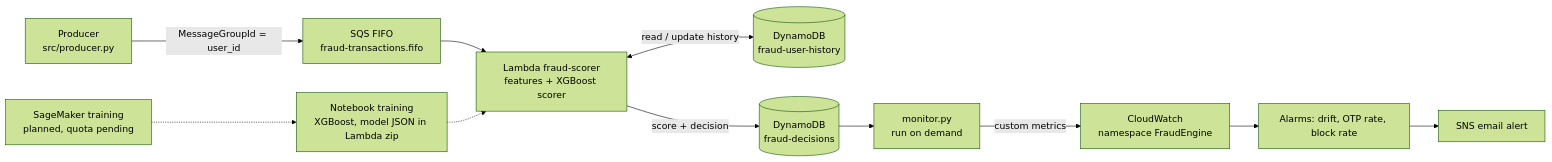
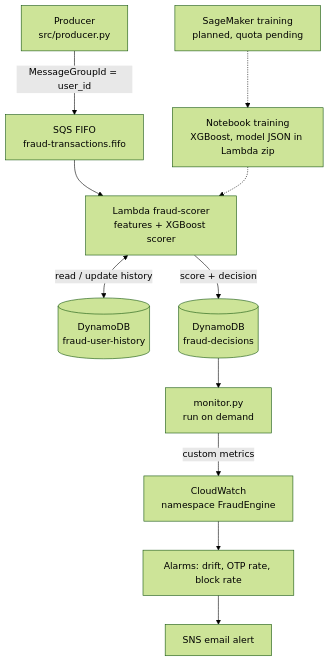
Before and after one commit to theAlyyy72/fraud-risk-engine: the diagram in README.md, drawn with Mermaid (forest theme). The commit also changed other lines of this file and 1 other file, not shown here.

Commit message:
README: fix list, vertical diagram, run steps; refresh requirements

````diff
--- a/README.md
+++ b/README.md
@@ -9,13 +9,13 @@
 ```mermaid
-flowchart LR
+flowchart TD
     P["Producer<br/>src/producer.py"] -->|"MessageGroupId = user_id"| Q["SQS FIFO<br/>fraud-transactions.fifo"]
     Q --> L["Lambda fraud-scorer<br/>features + XGBoost scorer"]
     L <-->|"read / update history"| H[("DynamoDB<br/>fraud-user-history")]
     L -->|"score + decision"| D[("DynamoDB<br/>fraud-decisions")]
     D --> M["monitor.py<br/>run on demand"]
     M -->|"custom metrics"| C["CloudWatch<br/>namespace FraudEngine"]
     C --> A["Alarms: drift, OTP rate, block rate"]
     A --> S["SNS email alert"]
     N["Notebook training<br/>XGBoost, model JSON in Lambda zip"] -.-> L
     SM["SageMaker training<br/>planned, quota pending"] -.-> N
 ```
````
